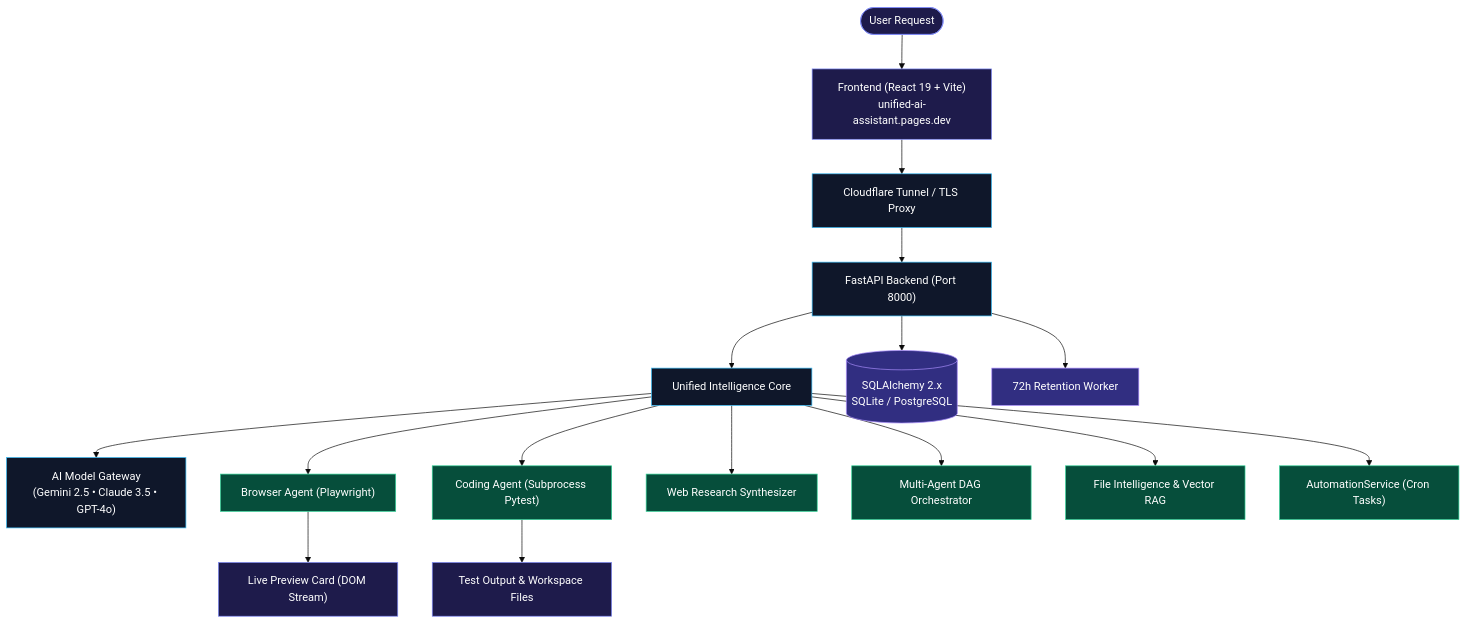
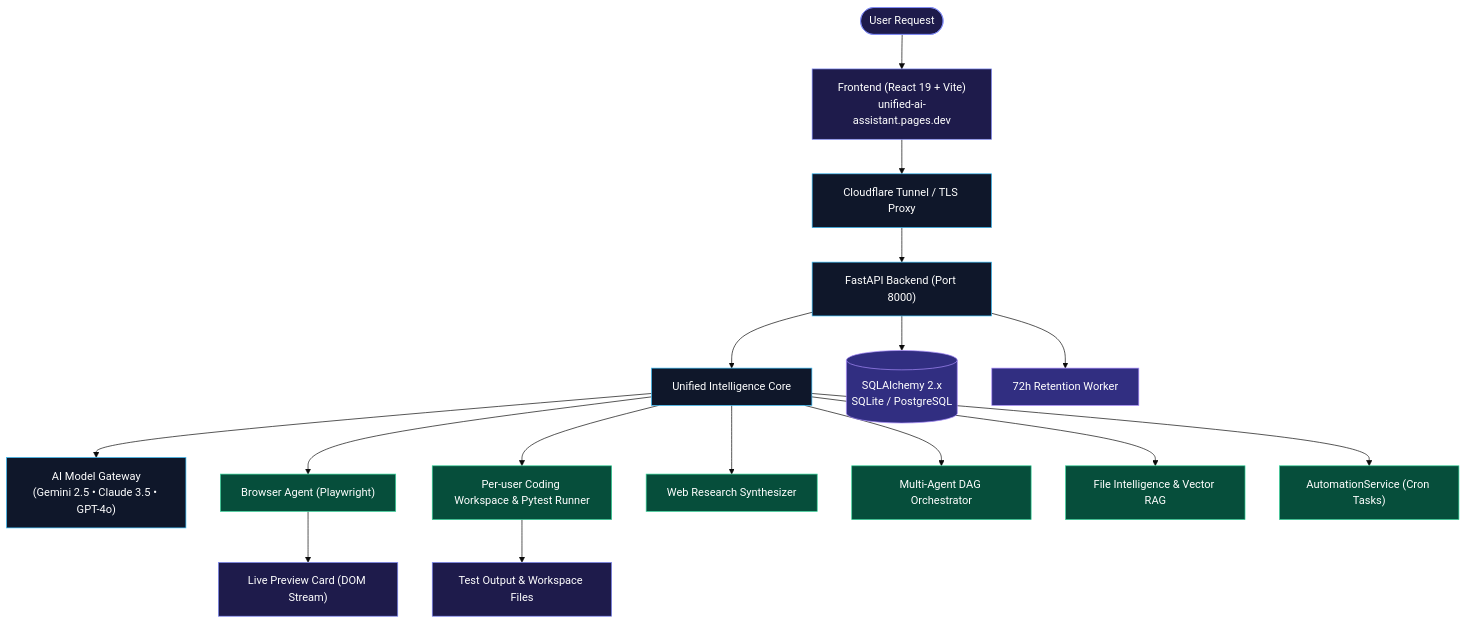
One commit to shivampatilck-1010/unified-ai-assistant changed the diagram in README.md. Above: the diagram before and after it, drawn with Mermaid (base theme). The commit also changed other lines of this file and 24 other files, not shown here.

Commit message:
feat: Google Identity Services auth, coding workspace diff review, and safe modification flow

````diff
--- a/README.md
+++ b/README.md
@@ -109,26 +110,26 @@
 ```mermaid
 graph TD
     classDef client fill:#1e1b4b,stroke:#818cf8,color:#ffffff
     classDef gateway fill:#0f172a,stroke:#38bdf8,color:#ffffff
     classDef agent fill:#064e3b,stroke:#34d399,color:#ffffff
     classDef storage fill:#312e81,stroke:#a78bfa,color:#ffffff
 
     User([User Request]):::client --> WebApp["Frontend (React 19 + Vite)<br/>unified-ai-assistant.pages.dev"]:::client
     WebApp --> Tunnel["Cloudflare Tunnel / TLS Proxy"]:::gateway
     Tunnel --> API["FastAPI Backend (Port 8000)"]:::gateway
 
     API --> Core["Unified Intelligence Core"]:::gateway
     Core --> Gateway["AI Model Gateway<br/>(Gemini 2.5 • Claude 3.5 • GPT-4o)"]:::gateway
 
     Core --> BrowserWorker["Browser Agent (Playwright)"]:::agent
-    Core --> CodingSandbox["Coding Agent (Subprocess Pytest)"]:::agent
+    Core --> CodingWorkspace["Per-user Coding Workspace & Pytest Runner"]:::agent
     Core --> ResearchEngine["Web Research Synthesizer"]:::agent
     Core --> Orchestrator["Multi-Agent DAG Orchestrator"]:::agent
     Core --> RAGEngine["File Intelligence & Vector RAG"]:::agent
     Core --> Scheduler["AutomationService (Cron Tasks)"]:::agent
 
     BrowserWorker --> LiveViewport["Live Preview Card (DOM Stream)"]:::client
-    CodingSandbox --> TestTelemetry["Test Output & Workspace Files"]:::client
+    CodingWorkspace --> TestTelemetry["Test Output & Workspace Files"]:::client
     API --> DB[("SQLAlchemy 2.x<br/>SQLite / PostgreSQL")]:::storage
     API --> Retention["72h Retention Worker"]:::storage
 ```
````
